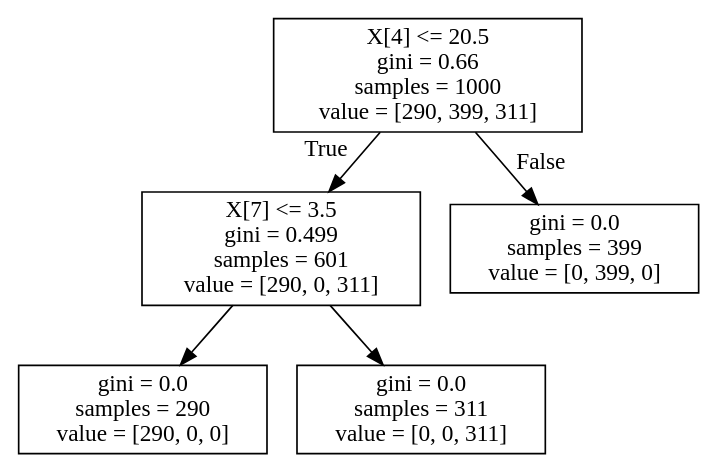
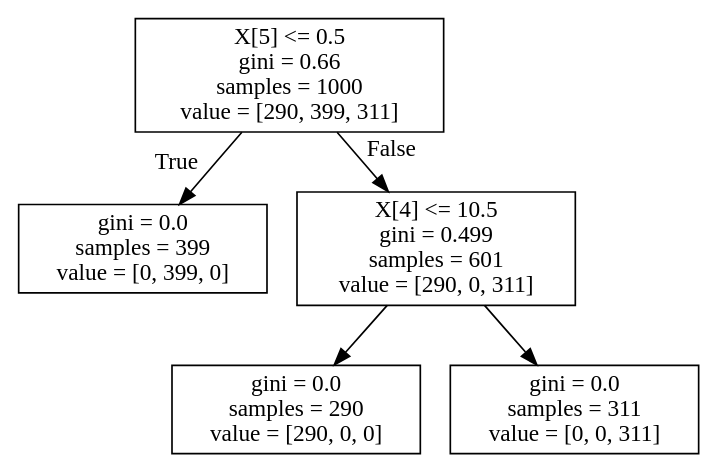
The diagram in IC-CC/Source.gv (JosefButzke/DataMining), drawn with Graphviz before and after one commit. The commit also changed 8 other files, not shown here.

```diff
--- a/IC-CC/Source.gv
+++ b/IC-CC/Source.gv
@@ -1,12 +1,12 @@
 digraph Tree {
 node [shape=box] ;
-0 [label="X[4] <= 20.5\ngini = 0.66\nsamples = 1000\nvalue = [290, 399, 311]"] ;
-1 [label="X[7] <= 3.5\ngini = 0.499\nsamples = 601\nvalue = [290, 0, 311]"] ;
+0 [label="X[5] <= 0.5\ngini = 0.66\nsamples = 1000\nvalue = [290, 399, 311]"] ;
+1 [label="gini = 0.0\nsamples = 399\nvalue = [0, 399, 0]"] ;
 0 -> 1 [labeldistance=2.5, labelangle=45, headlabel="True"] ;
-2 [label="gini = 0.0\nsamples = 290\nvalue = [290, 0, 0]"] ;
-1 -> 2 ;
-3 [label="gini = 0.0\nsamples = 311\nvalue = [0, 0, 311]"] ;
-1 -> 3 ;
-4 [label="gini = 0.0\nsamples = 399\nvalue = [0, 399, 0]"] ;
-0 -> 4 [labeldistance=2.5, labelangle=-45, headlabel="False"] ;
+2 [label="X[4] <= 10.5\ngini = 0.499\nsamples = 601\nvalue = [290, 0, 311]"] ;
+0 -> 2 [labeldistance=2.5, labelangle=-45, headlabel="False"] ;
+3 [label="gini = 0.0\nsamples = 290\nvalue = [290, 0, 0]"] ;
+2 -> 3 ;
+4 [label="gini = 0.0\nsamples = 311\nvalue = [0, 0, 311]"] ;
+2 -> 4 ;
 }
```
